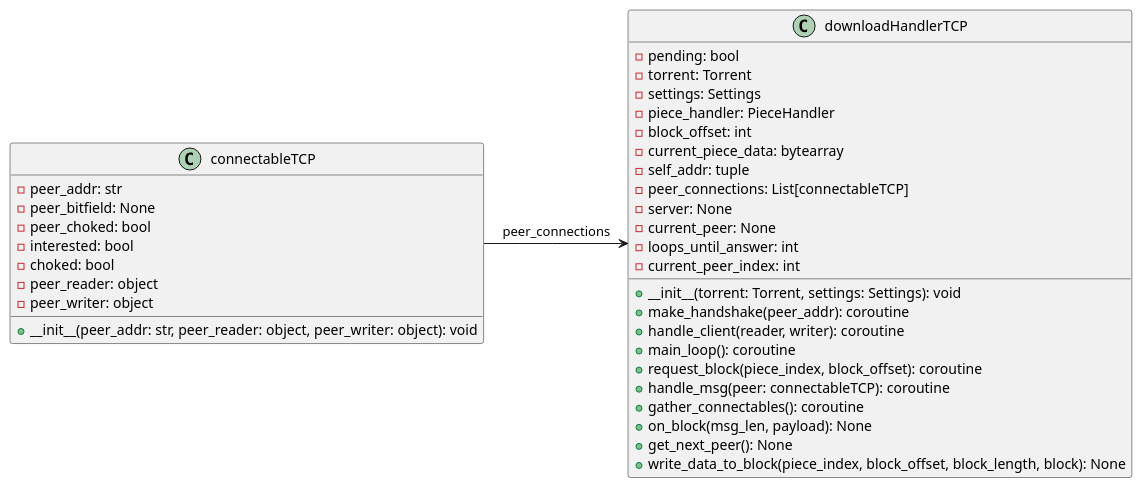
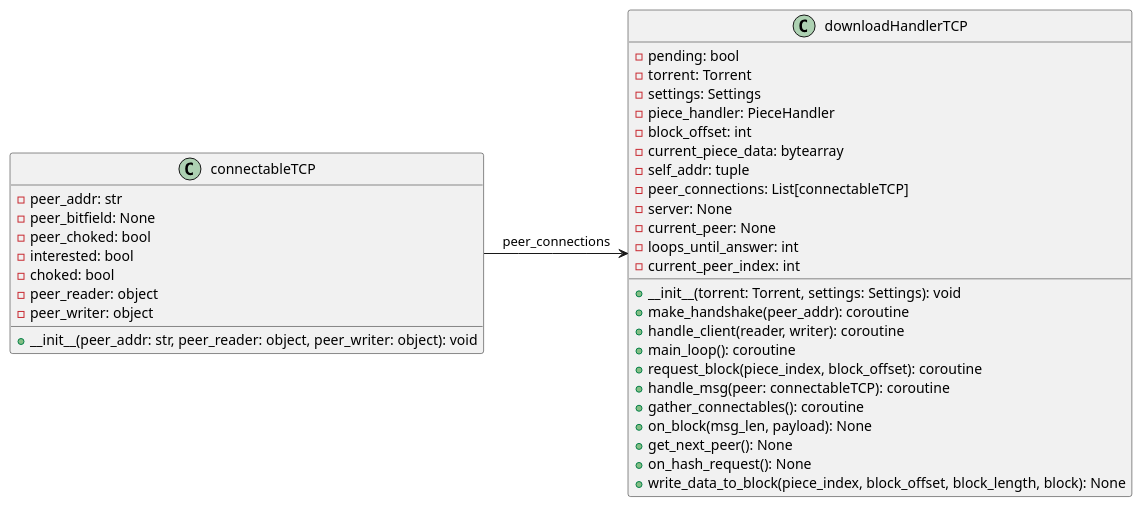
One commit to YuvalHad1220/Bittorent-Project changed the diagram in PlantUML/DownloadHandlerUDP.puml. Above: the diagram before and after it, drawn with PlantUML. The commit also changed 30 other files, not shown here.

```diff
--- a/PlantUML/DownloadHandlerUDP.puml
+++ b/PlantUML/DownloadHandlerUDP.puml
@@ -1,40 +1,41 @@
 @startuml
 
 class connectableTCP {
     - peer_addr: str
     - peer_bitfield: None
     - peer_choked: bool
     - interested: bool
     - choked: bool
     - peer_reader: object
     - peer_writer: object
     + __init__(peer_addr: str, peer_reader: object, peer_writer: object): void
 }
 
 class downloadHandlerTCP {
     - pending: bool
     - torrent: Torrent
     - settings: Settings
     - piece_handler: PieceHandler
     - block_offset: int
     - current_piece_data: bytearray
     - self_addr: tuple
     - peer_connections: List[connectableTCP]
     - server: None
     - current_peer: None
     - loops_until_answer: int
     - current_peer_index: int
     + __init__(torrent: Torrent, settings: Settings): void
   + make_handshake(peer_addr): coroutine
   + handle_client(reader, writer): coroutine
   + main_loop(): coroutine
   + request_block(piece_index, block_offset): coroutine
   + handle_msg(peer: connectableTCP): coroutine
   + gather_connectables(): coroutine
   + on_block(msg_len, payload): None
   + get_next_peer(): None
+  + on_hash_request(): None
   + write_data_to_block(piece_index, block_offset, block_length, block): None
 }
 connectableTCP -> downloadHandlerTCP : peer_connections
 
 @enduml
```
